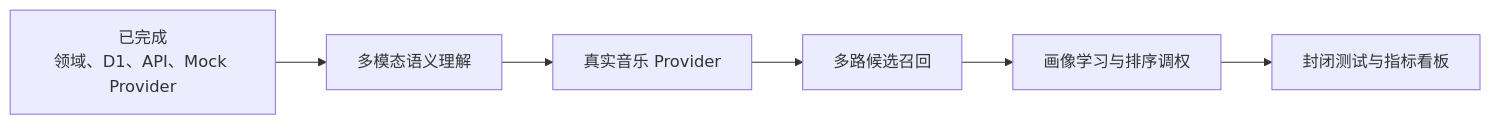
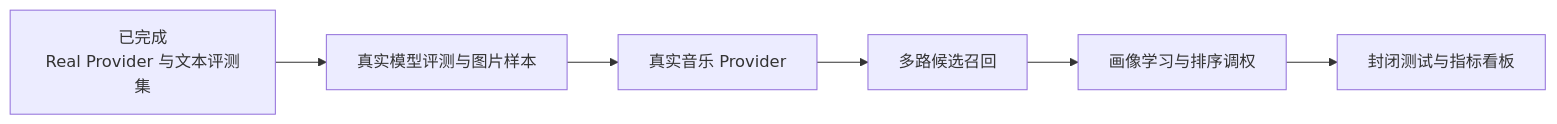
The diagram in docs/architecture/05-current-progress.md (shirley-Rir/shiyinji), drawn with Mermaid before and after one commit. The commit also changed other lines of this file and 23 other files, not shown here.

````diff
--- a/docs/architecture/05-current-progress.md
+++ b/docs/architecture/05-current-progress.md
@@ -50,8 +52,8 @@
 ```mermaid
 flowchart LR
-    A[已完成<br/>领域、D1、API、Mock Provider] --> B[多模态语义理解]
+    A[已完成<br/>Real Provider 与文本评测集] --> B[真实模型评测与图片样本]
     B --> C[真实音乐 Provider]
     C --> D[多路候选召回]
     D --> E[画像学习与排序调权]
     E --> F[封闭测试与指标看板]
 ```
````
